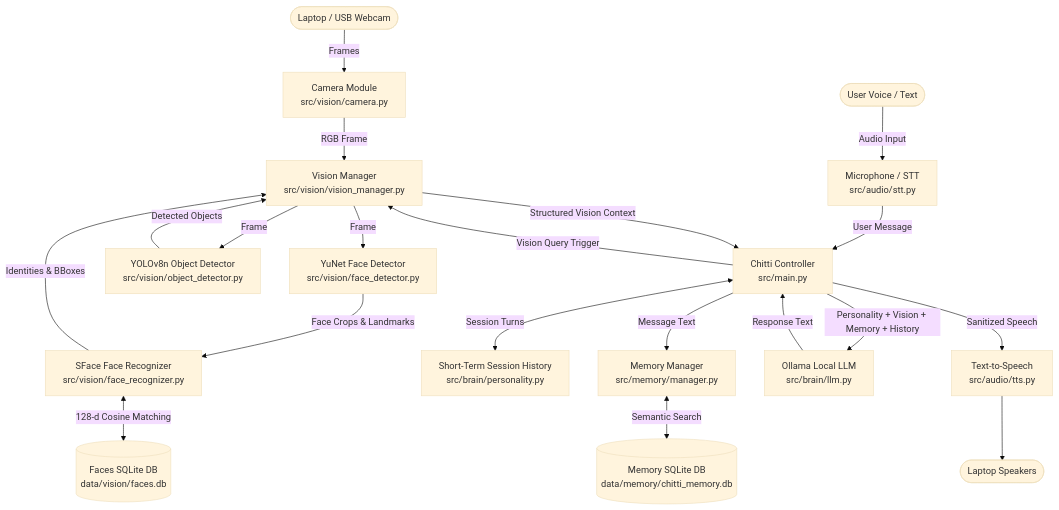
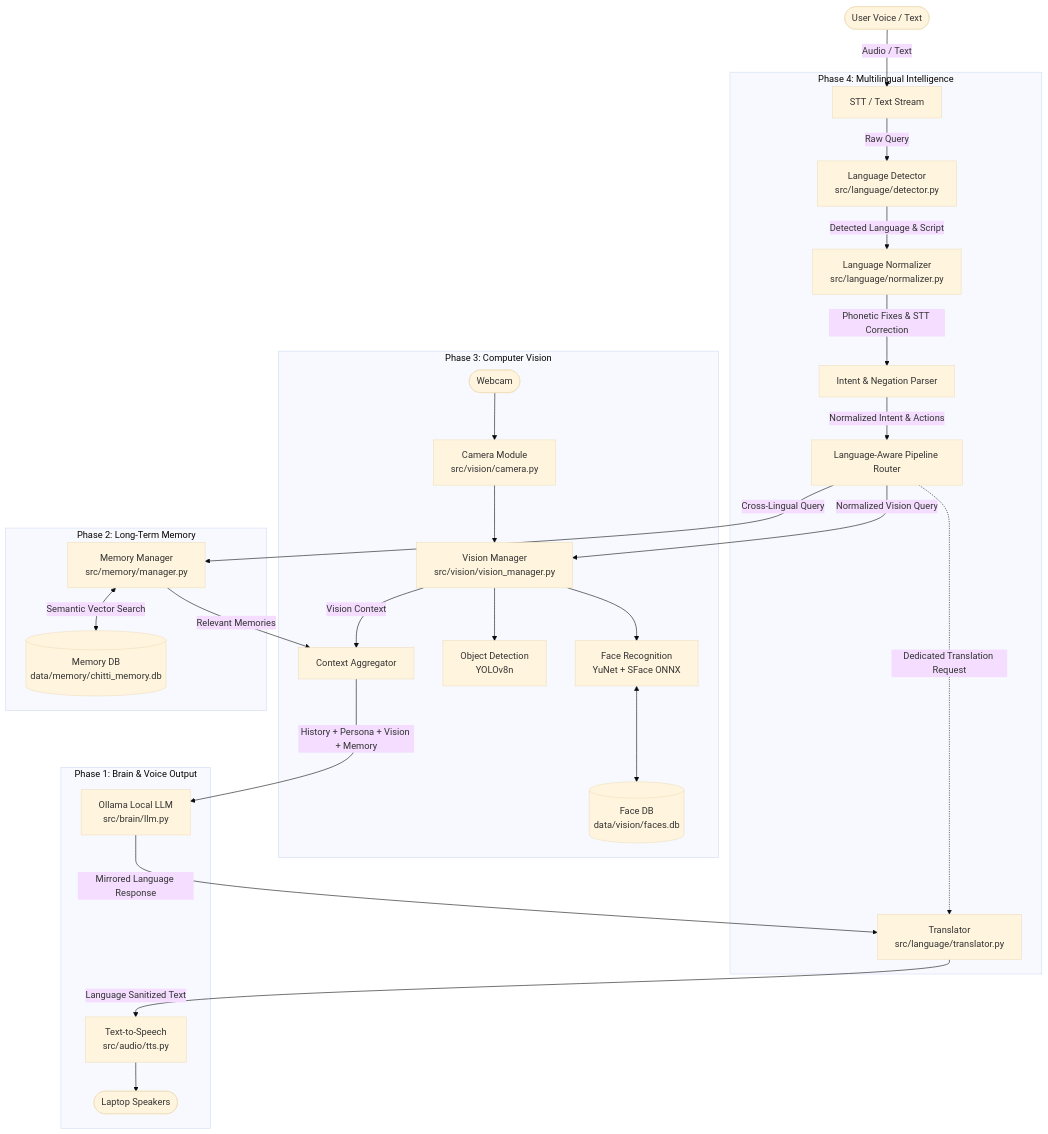
One commit to bishtprateek270-hue/chitti- changed the diagram in README.md. Above: the diagram before and after it, drawn with Mermaid (base theme). The commit also changed other lines of this file and 15 other files, not shown here.

Commit message:
Complete Phase 4: Multilingual Understanding, Translation & Language Intelligence

````diff
--- a/README.md
+++ b/README.md
@@ -19,29 +20,34 @@
 ```mermaid
 graph TD
-    Camera([Laptop / USB Webcam]) -->|Frames| CamMod[Camera Module\nsrc/vision/camera.py]
-    CamMod -->|RGB Frame| VisionMgr[Vision Manager\nsrc/vision/vision_manager.py]
+    User([User Voice / Text]) -->|Audio / Text| InputStage[STT / Text Stream]
     
-    VisionMgr -->|Frame| FaceDet[YuNet Face Detector\nsrc/vision/face_detector.py]
-    FaceDet -->|Face Crops & Landmarks| FaceRec[SFace Face Recognizer\nsrc/vision/face_recognizer.py]
-    FaceRec <-->|128-d Cosine Matching| FaceDB[(Faces SQLite DB\ndata/vision/faces.db)]
+    subgraph "Phase 4: Multilingual Intelligence"
+        InputStage -->|Raw Query| LangDet[Language Detector\nsrc/language/detector.py]
+        LangDet -->|Detected Language & Script| LangNorm[Language Normalizer\nsrc/language/normalizer.py]
+        LangNorm -->|Phonetic Fixes & STT Correction| IntentCanonicalizer[Intent & Negation Parser]
+        IntentCanonicalizer -->|Normalized Intent & Actions| PipelineRouter[Language-Aware Pipeline Router]
+        PipelineRouter -.->|Dedicated Translation Request| TransMod[Translator\nsrc/language/translator.py]
+    end
     
-    VisionMgr -->|Frame| ObjDet[YOLOv8n Object Detector\nsrc/vision/object_detector.py]
+    subgraph "Phase 3: Computer Vision"
+        PipelineRouter -->|Normalized Vision Query| VisionMgr[Vision Manager\nsrc/vision/vision_manager.py]
+        Camera([Webcam]) --> CamMod[Camera Module\nsrc/vision/camera.py] --> VisionMgr
+        VisionMgr --> FaceRec[Face Recognition\nYuNet + SFace ONNX]
+        VisionMgr --> ObjDet[Object Detection\nYOLOv8n]
+        FaceRec <--> FaceDB[(Face DB\ndata/vision/faces.db)]
+        VisionMgr -->|Vision Context| ContextAggregator
+    end
     
-    FaceRec -->|Identities & BBoxes| VisionMgr
-    ObjDet -->|Detected Objects| VisionMgr
+    subgraph "Phase 2: Long-Term Memory"
+        PipelineRouter -->|Cross-Lingual Query| MemoryManager[Memory Manager\nsrc/memory/manager.py]
+        MemoryManager <-->|Semantic Vector Search| MemoryDB[(Memory DB\ndata/memory/chitti_memory.db)]
+        MemoryManager -->|Relevant Memories| ContextAggregator
+    end
     
-    User([User Voice / Text]) -->|Audio Input| Mic[Microphone / STT\nsrc/audio/stt.py]
-    Mic -->|User Message| Controller[Chitti Controller\nsrc/main.py]
-    
-    Controller <-->|Session Turns| ShortTerm[Short-Term Session History\nsrc/brain/personality.py]
-    Controller -->|Message Text| MemoryManager[Memory Manager\nsrc/memory/manager.py]
-    MemoryManager <-->|Semantic Search| MemoryDB[(Memory SQLite DB\ndata/memory/chitti_memory.db)]
-    
-    Controller -->|Vision Query Trigger| VisionMgr
-    VisionMgr -->|Structured Vision Context| Controller
-    
-    Controller -->|Personality + Vision + Memory + History| Ollama[Ollama Local LLM\nsrc/brain/llm.py]
-    Ollama -->|Response Text| Controller
-    Controller -->|Sanitized Speech| TTS[Text-to-Speech\nsrc/audio/tts.py]
-    TTS --> Speaker([Laptop Speakers])
+    subgraph "Phase 1: Brain & Voice Output"
+        ContextAggregator[Context Aggregator] -->|History + Persona + Vision + Memory| Ollama[Ollama Local LLM\nsrc/brain/llm.py]
+        Ollama -->|Mirrored Language Response| TransMod
+        TransMod -->|Language Sanitized Text| TTS[Text-to-Speech\nsrc/audio/tts.py]
+        TTS --> Speaker([Laptop Speakers])
+    end
 ```
````
